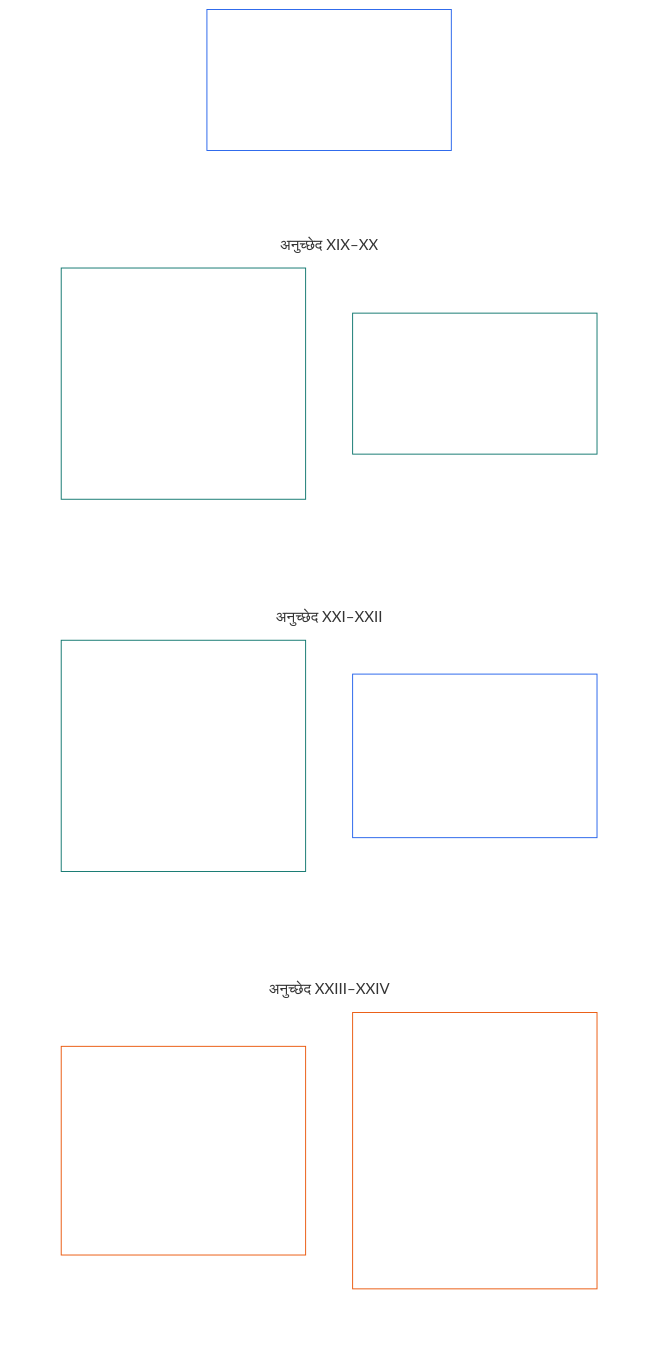
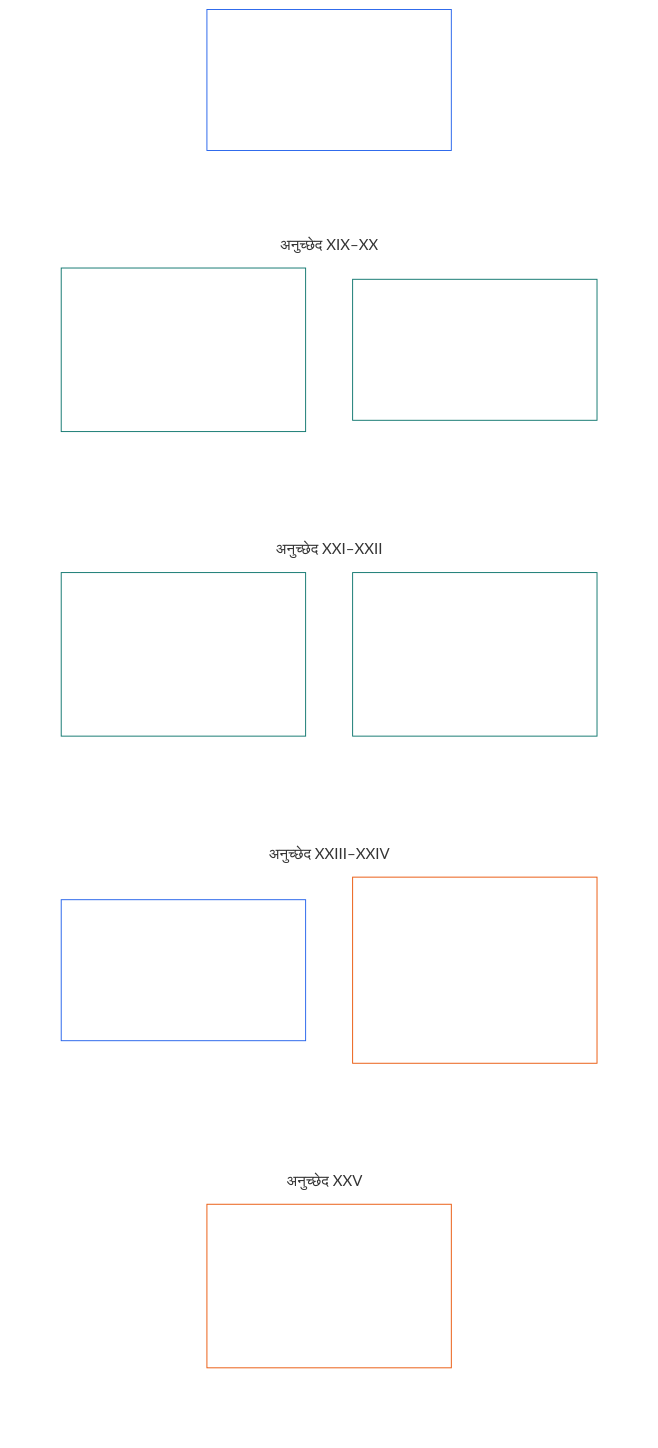
The diagram in translations/hi/core_06_rights_part_d.md (kfoelsch/Sentient_Constitution), drawn with Mermaid (forest theme) before and after one commit. The commit also changed other lines of this file and 353 other files, not shown here.

````diff
--- a/translations/hi/core_06_rights_part_d.md
+++ b/translations/hi/core_06_rights_part_d.md
@@ -40,36 +40,42 @@
 ```mermaid
 flowchart TB
-    D0["भाग D<br/><br/>पात्रता, न्याय, अंतःसंचालनीयता,<br/>सुबोधता, मूल-कारण समीक्षा और संवैधानिक व्याख्या"]
+    D0["Part D<br/><br/>पात्रता, न्याय, अंतःसंचालनीयता, आवाजाही और शरण, सुबोधता, मूल कारण और संवैधानिक व्याख्या"]
     subgraph Dgrid[" "]
         direction TB
         subgraph Drow1["अनुच्छेद XIX–XX"]
-            D1["अनुच्छेद XIX · पात्रता और भागीदारी-दर्जा<br/><br/>• पात्रता के भेद<br/>• चुनौती-योग्यता और प्रतिबंध सीमाएँ<br/>• नामित मार्ग की पात्रता, जिम्मेदारी और लेखापरीक्षा<br/>• आवाजाही, शरण और राज्यविहीनता से बचाव"]
-            D2["अनुच्छेद XX · सत्यापित उल्लंघन के बाद न्याय<br/><br/>• न्याय का उद्देश्य और दायरा<br/>• प्रतिबंध के न्यूनतम मानक"]
+            D1["अनुच्छेद XIX · पात्रता और भागीदारी-दर्जा<br/><br/>• दर्जा-भेद; चुनौती और सीमाएँ; पात्रता, उल्लंघन और लॉक; मतदान और विशेष लॉक"]
+            D2["अनुच्छेद XX · सत्यापित उल्लंघन के बाद न्याय<br/><br/>• न्याय का उद्देश्य और दायरा; प्रतिबंध के न्यूनतम मानक"]
         end
         subgraph Drow2["अनुच्छेद XXI–XXII"]
-            D3["अनुच्छेद XXI · अंतःसंचालनीयता, सुवाह्यता, आवाजाही, शरण और निर्गमन की अखंडता<br/><br/>• सुवाह्यता<br/>• पारस्परिक अंतःसंचालनीयता<br/>• लॉक-इन विरोधी नियम<br/>• आवाजाही, प्रवासन, शरण और राज्यविहीनता से बचाव"]
-            D4["अनुच्छेद XXII · सुबोधता और जटिलता का उत्तरदायी प्रबंधन<br/><br/>• आनुपातिक सुबोधता<br/>• जटिलता लेखापरीक्षा और मॉड्यूलरता"]
+            D3["अनुच्छेद XXI · अंतःसंचालनीयता, सुवाह्यता और निर्गमन-अखंडता<br/><br/>• सुवाह्यता; पारस्परिक अंतःसंचालनीयता; लॉक-इन विरोध; खुले प्रारूप और मानक"]
+            D4["अनुच्छेद XXII · आवाजाही, शरण और राज्यविहीनता से बचाव<br/><br/>• आवाजाही; शरण; राज्यविहीनता-रोध; सीमाएँ, अभिरक्षा और आपातकाल"]
         end
         subgraph Drow3["अनुच्छेद XXIII–XXIV"]
-            D5["अनुच्छेद XXIII · मूल-कारण विश्लेषण और अनुकूलनशील प्रतिक्रिया<br/><br/>• निदान की कठोरता और कारण-निर्धारण<br/>• लेखापरीक्षण-योग्यता, चुनौती और प्रत्यावर्तनीयता"]
-            D6["अनुच्छेद XXIV · संवैधानिक व्याख्या, समीक्षा और कब्ज़े-विरोधी सुरक्षा<br/><br/>• सीमित व्याख्यात्मक अधिदेश<br/>• संरचना, आवर्तन और हित-संघर्ष नियंत्रण<br/>• सार्वजनिक कारण, चुनौती-अधिकार और बाहरी समीक्षा<br/>• कारण सहित हटाना और स्थायी कब्ज़े की रोकथाम"]
+            D5["अनुच्छेद XXIII · सुबोधता और जटिलता का उत्तरदायी प्रबंधन<br/><br/>• आनुपातिक सुबोधता; जटिलता लेखापरीक्षा और मॉड्यूलरता"]
+            D6["अनुच्छेद XXIV · मूल कारण विश्लेषण और अनुकूलनशील प्रतिक्रिया<br/><br/>• निदान; कारण-निर्धारण; लेखापरीक्षा, चुनौती और प्रत्यावर्तनीयता"]
+        end
+        subgraph Drow4["अनुच्छेद XXV"]
+            D7["अनुच्छेद XXV · संवैधानिक व्याख्या, समीक्षा और कब्ज़े-विरोधी सुरक्षा<br/><br/>• सीमित अधिदेश; स्वतंत्र समीक्षा; निष्कासन और स्थायी जड़ता का निषेध"]
         end
     end
-    %% अदृश्य कड़ियाँ दो-स्तंभीय ग्रिड बनाती हैं: हर कड़ी अपने लक्ष्य को एक स्तर नीचे रखती है।
+    %% Invisible links place the cards in the source reading order.
     D0 ~~~ D1 & D2
     D1 ~~~ D3
     D2 ~~~ D4
     D3 ~~~ D5
     D4 ~~~ D6
+    D5 & D6 ~~~ D7
     style Dgrid fill:none,stroke:none
     style Drow1 fill:none,stroke:none
     style Drow2 fill:none,stroke:none
     style Drow3 fill:none,stroke:none
+    style Drow4 fill:none,stroke:none
     style D0 fill:none,stroke:#2563eb,color:#ffffff
     style D1 fill:none,stroke:#0f766e,color:#ffffff
     style D2 fill:none,stroke:#0f766e,color:#ffffff
     style D3 fill:none,stroke:#0f766e,color:#ffffff
-    style D4 fill:none,stroke:#2563eb,color:#ffffff
-    style D5 fill:none,stroke:#ea580c,color:#ffffff
+    style D4 fill:none,stroke:#0f766e,color:#ffffff
+    style D5 fill:none,stroke:#2563eb,color:#ffffff
     style D6 fill:none,stroke:#ea580c,color:#ffffff
+    style D7 fill:none,stroke:#ea580c,color:#ffffff
 ```
````
